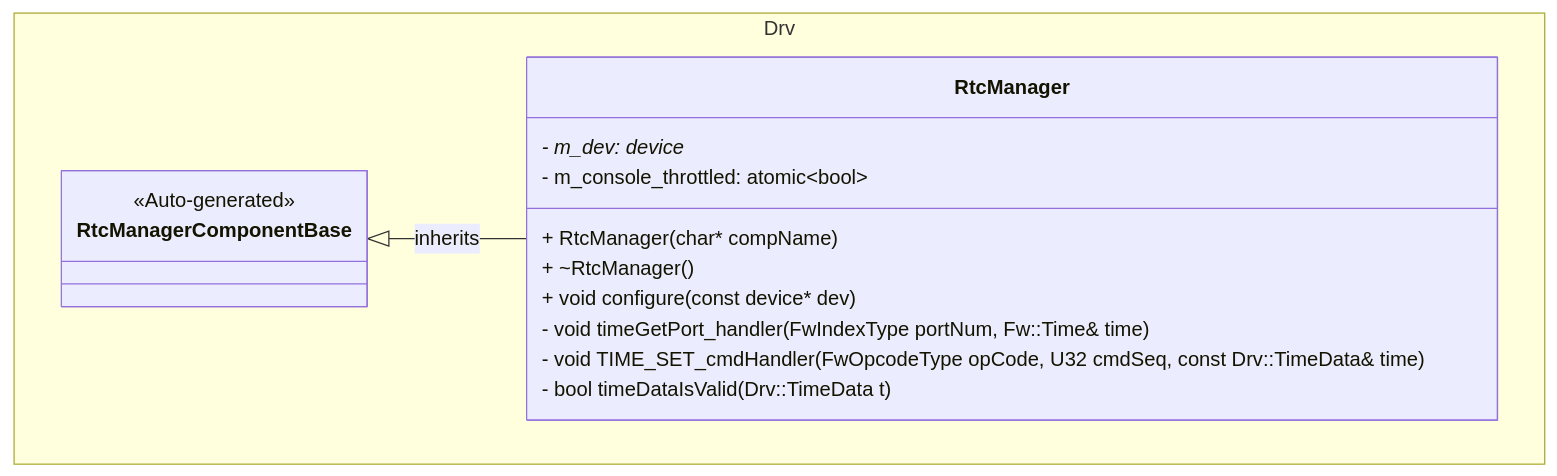
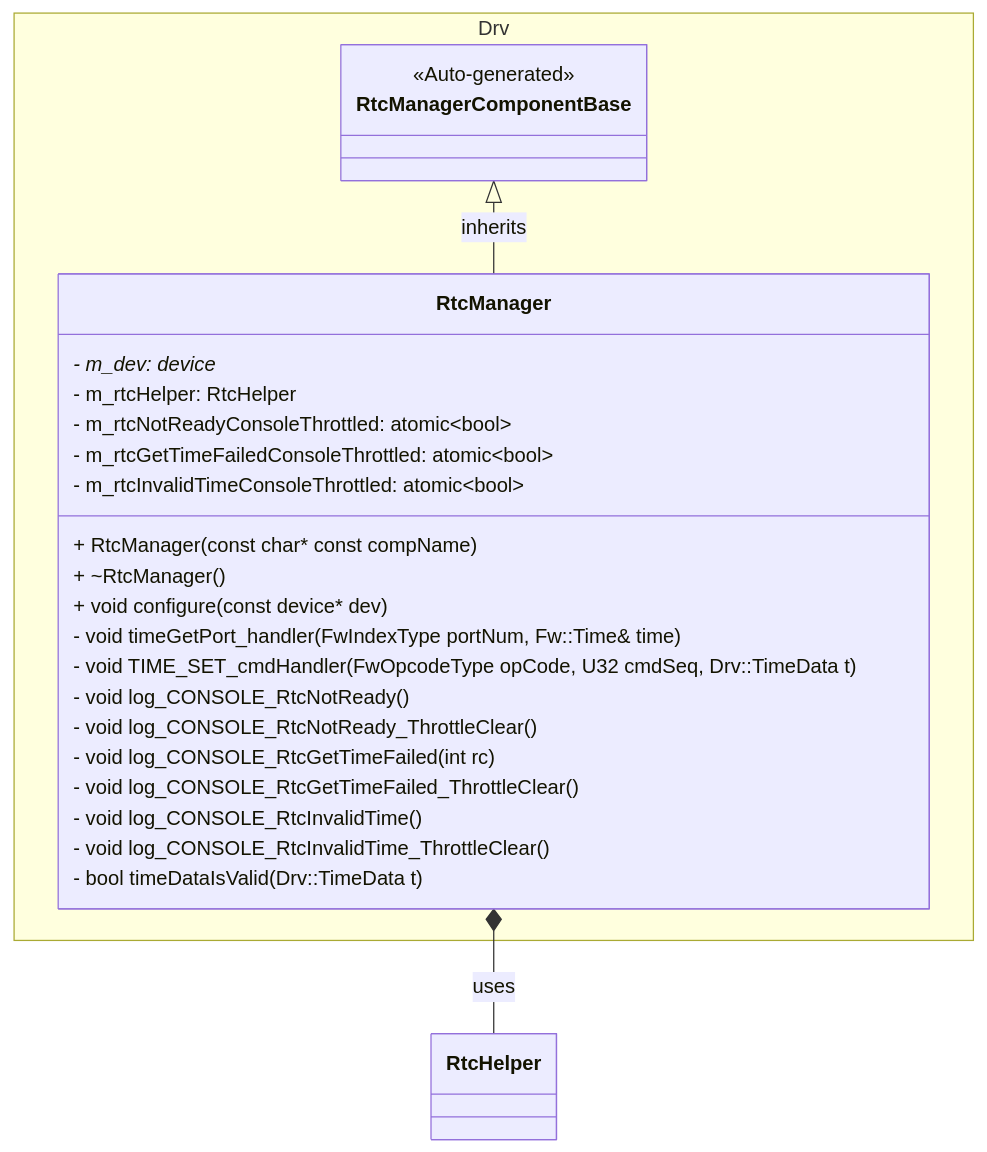
The first of 8 diagrams in PROVESFlightControllerReference/Components/Drv/RtcManager/docs/sdd.md (Open-Source-Space-Foundation/proves-core-reference), drawn with Mermaid before and after one commit. The commit also changed other lines of this file and 6 other files, not shown here.

````diff
--- a/PROVESFlightControllerReference/Components/Drv/RtcManager/docs/sdd.md
+++ b/PROVESFlightControllerReference/Components/Drv/RtcManager/docs/sdd.md
@@ -93,20 +93,30 @@
 ```mermaid
 classDiagram
     namespace Drv {
         class RtcManagerComponentBase {
             <<Auto-generated>>
         }
         class RtcManager {
             - m_dev: device*
-            - m_console_throttled: atomic~bool~
+            - m_rtcHelper: RtcHelper
+            - m_rtcNotReadyConsoleThrottled: atomic~bool~
+            - m_rtcGetTimeFailedConsoleThrottled: atomic~bool~
+            - m_rtcInvalidTimeConsoleThrottled: atomic~bool~
 
-            + RtcManager(char* compName)
+            + RtcManager(const char* const compName)
             + ~RtcManager()
             + void configure(const device* dev)
             - void timeGetPort_handler(FwIndexType portNum, Fw::Time& time)
-            - void TIME_SET_cmdHandler(FwOpcodeType opCode, U32 cmdSeq, const Drv::TimeData& time)
+            - void TIME_SET_cmdHandler(FwOpcodeType opCode, U32 cmdSeq, Drv::TimeData t)
+            - void log_CONSOLE_RtcNotReady()
+            - void log_CONSOLE_RtcNotReady_ThrottleClear()
+            - void log_CONSOLE_RtcGetTimeFailed(int rc)
+            - void log_CONSOLE_RtcGetTimeFailed_ThrottleClear()
+            - void log_CONSOLE_RtcInvalidTime()
+            - void log_CONSOLE_RtcInvalidTime_ThrottleClear()
             - bool timeDataIsValid(Drv::TimeData t)
         }
     }
     RtcManagerComponentBase <|-- RtcManager : inherits
+    RtcManager *-- RtcHelper : uses
 ```
````
